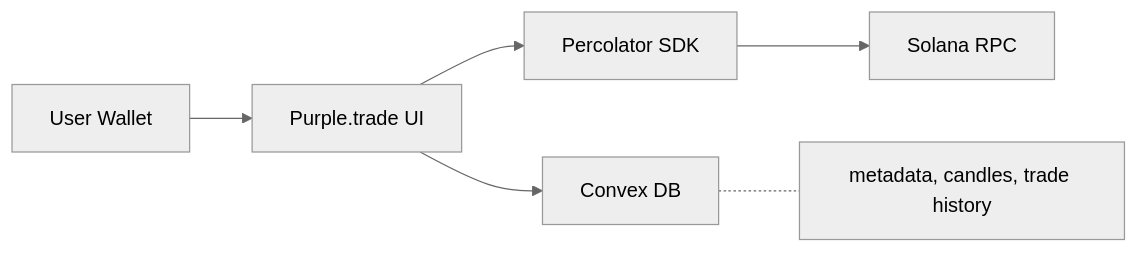
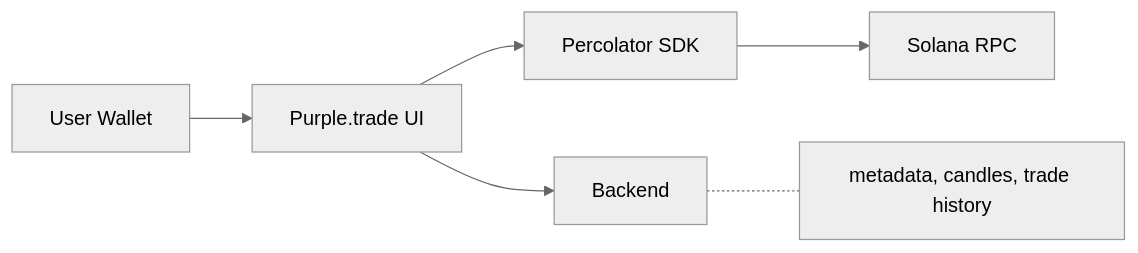
Before and after one commit to purpletrade/docs: the diagram in index.mdx, drawn with Mermaid (neutral theme). The commit also changed other lines of this file and 1 other file, not shown here.

Commit message:
docs: Remove Convex refs, flatten nav (no tab toggle)
- Replace "Convex DB/backend" with generic "Backend"
- Remove tabs wrapper — use flat groups to eliminate tab bar overlay
- Sidebar now shows Overview + Protocol groups directly

````diff
--- a/index.mdx
+++ b/index.mdx
@@ -31,8 +31,8 @@
 ```mermaid
 graph LR
     A[User Wallet] --> B[Purple.trade UI]
     B --> C[Percolator SDK]
     C --> D[Solana RPC]
-    B --> E[Convex DB]
+    B --> E[Backend]
     E -.- F[metadata, candles, trade history]
 ```
````
